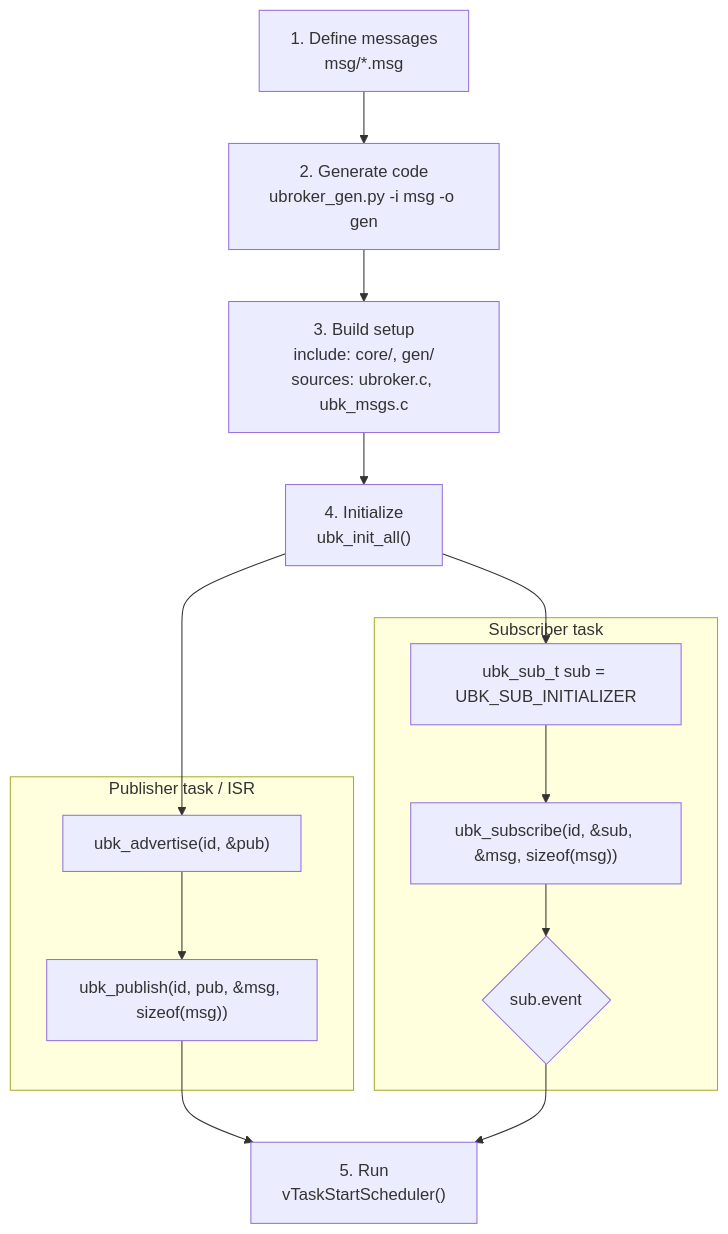
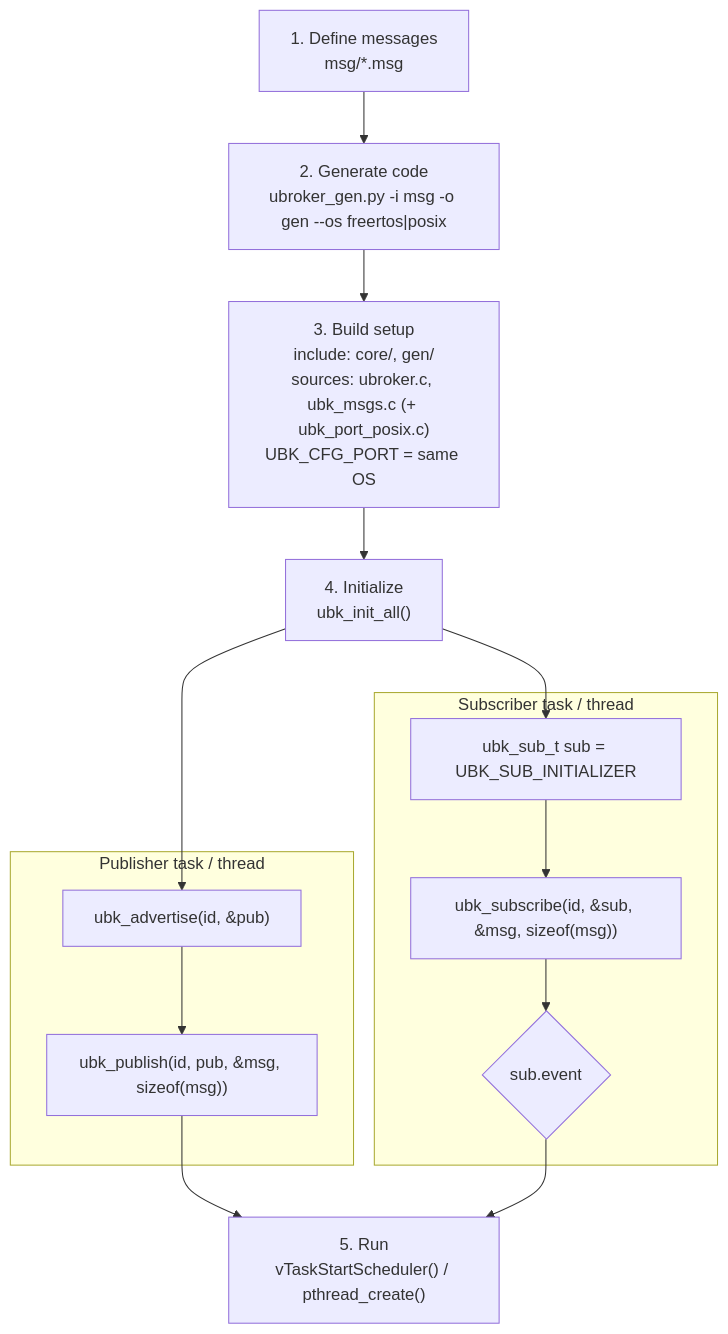
Before and after one commit to Kimbyung-wook/uBroker: the second of 2 diagrams in README.md, drawn with Mermaid. The commit also changed other lines of this file and 45 other files, not shown here.

````diff
--- a/README.md
+++ b/README.md
@@ -59,17 +64,17 @@
 ```mermaid
 flowchart TD
-    A["1. Define messages<br/>msg/*.msg"] --> B["2. Generate code<br/>ubroker_gen.py -i msg -o gen"]
-    B --> C["3. Build setup<br/>include: core/, gen/<br/>sources: ubroker.c, ubk_msgs.c"]
+    A["1. Define messages<br/>msg/*.msg"] --> B["2. Generate code<br/>ubroker_gen.py -i msg -o gen --os freertos|posix"]
+    B --> C["3. Build setup<br/>include: core/, gen/<br/>sources: ubroker.c, ubk_msgs.c (+ ubk_port_posix.c)<br/>UBK_CFG_PORT = same OS"]
     C --> D["4. Initialize<br/>ubk_init_all()"]
     D --> P1
     D --> S1
-    subgraph PUB["Publisher task / ISR"]
+    subgraph PUB["Publisher task / thread"]
         P1["ubk_advertise(id, &pub)"] --> P2["ubk_publish(id, pub, &msg, sizeof(msg))"]
     end
-    subgraph SUB["Subscriber task"]
+    subgraph SUB["Subscriber task / thread"]
         S1["ubk_sub_t sub = UBK_SUB_INITIALIZER"] --> S2["ubk_subscribe(id, &sub, &msg, sizeof(msg))"]
         S2 --> S3{"sub.event"}
     end
-    P2 --> E["5. Run<br/>vTaskStartScheduler()"]
+    P2 --> E["5. Run<br/>vTaskStartScheduler() / pthread_create()"]
     S3 --> E
 ```
````
